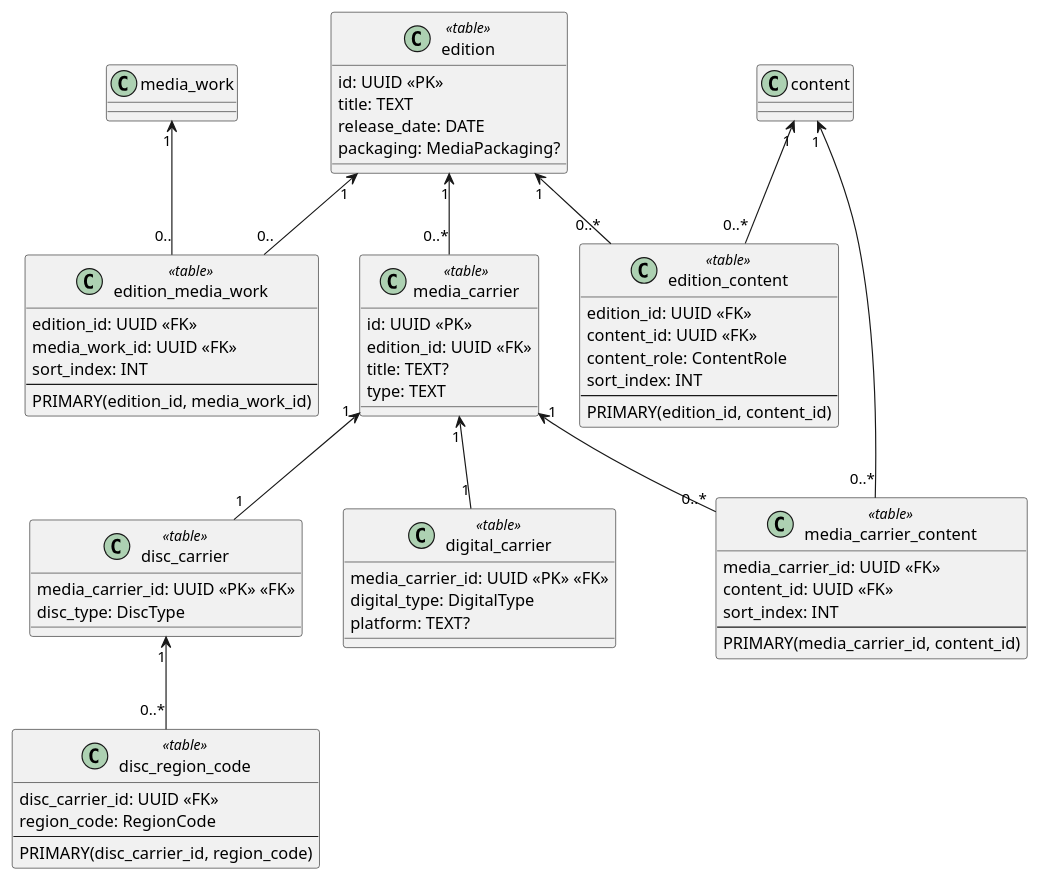
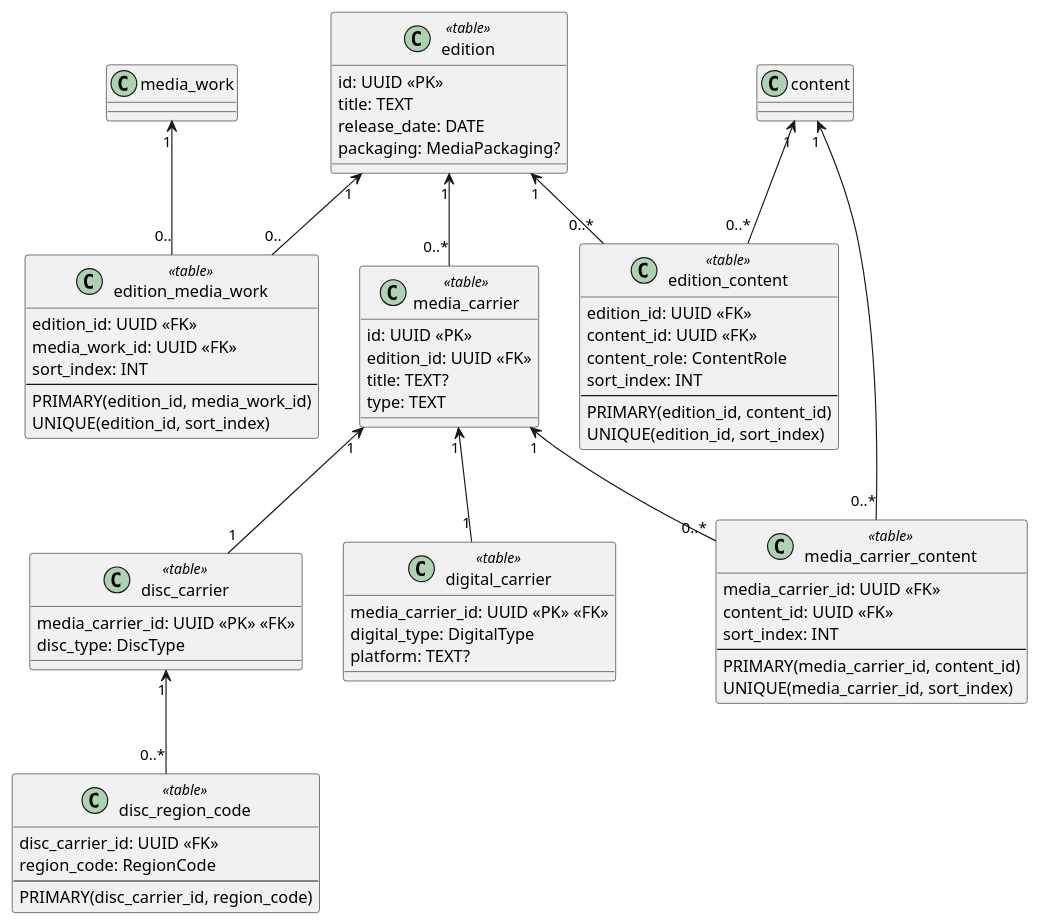
Before and after one commit to yantue/colleq: the diagram in docs/uml/data/edition.data.puml, drawn with PlantUML. The commit also changed 2 other files, not shown here.

```diff
--- a/docs/uml/data/edition.data.puml
+++ b/docs/uml/data/edition.data.puml
@@ -1,80 +1,83 @@
 @startuml
 skinparam classAttributeIconSize 0
 
 class edition <<table>> {
     id: UUID <<PK>>
     title: TEXT
     release_date: DATE
     packaging: MediaPackaging?
 }
 
 class edition_media_work <<table>> {
     edition_id: UUID <<FK>>
     media_work_id: UUID <<FK>>
     sort_index: INT
     --
     PRIMARY(edition_id, media_work_id)
+    UNIQUE(edition_id, sort_index)
 }
 
 edition "1" <-- "0.." edition_media_work
 
 class edition_content <<table>> {
     edition_id: UUID <<FK>>
     content_id: UUID <<FK>>
     content_role: ContentRole
     sort_index: INT
     --
     PRIMARY(edition_id, content_id)
+    UNIQUE(edition_id, sort_index)
 }
 
 edition "1" <-- "0..*" edition_content
 
 class media_carrier <<table>> {
     id: UUID <<PK>>
     edition_id: UUID <<FK>>
     title: TEXT?
     type: TEXT
 }
 
 edition "1" <-- "0..*" media_carrier
 
 class disc_carrier <<table>> {
     media_carrier_id: UUID <<PK>> <<FK>>
     disc_type: DiscType
 }
 
 media_carrier "1" <-- "1" disc_carrier
 
 class disc_region_code <<table>> {
     disc_carrier_id: UUID <<FK>>
     region_code: RegionCode
     --
     PRIMARY(disc_carrier_id, region_code)
 }
 
 disc_carrier "1" <-- "0..*" disc_region_code
 
 class digital_carrier <<table>> {
     media_carrier_id: UUID <<PK>> <<FK>>
     digital_type: DigitalType
     platform: TEXT?
 }
 
 media_carrier "1" <-- "1" digital_carrier
 
 class media_carrier_content <<table>> {
     media_carrier_id: UUID <<FK>>
     content_id: UUID <<FK>>
     sort_index: INT
     --
     PRIMARY(media_carrier_id, content_id)
+    UNIQUE(media_carrier_id, sort_index)
 }
 
 media_carrier "1" <-- "0..*" media_carrier_content
 
 ' ===== CROSS-AGGREGATE REFERENCE =====
 media_work "1" <-- "0.." edition_media_work
 content "1" <-- "0..*" edition_content
 content "1" <-- "0..*" media_carrier_content
 
 @enduml
```
